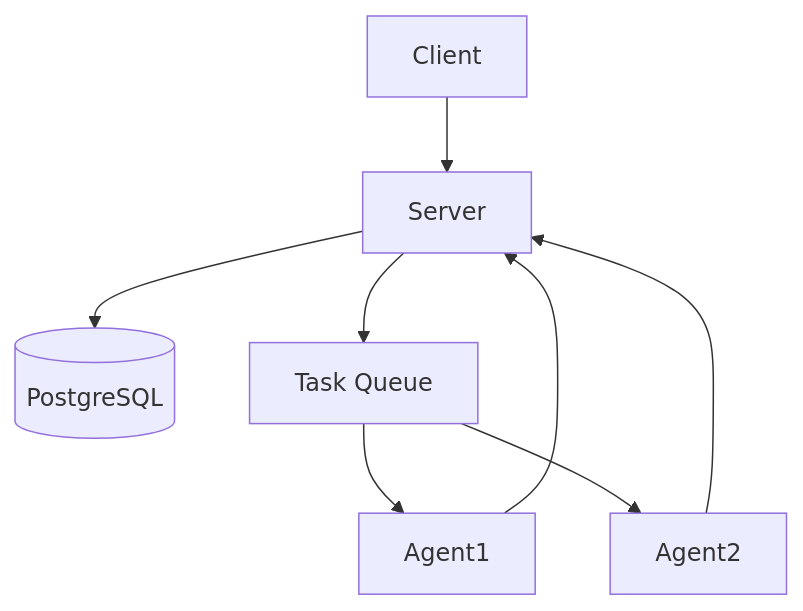
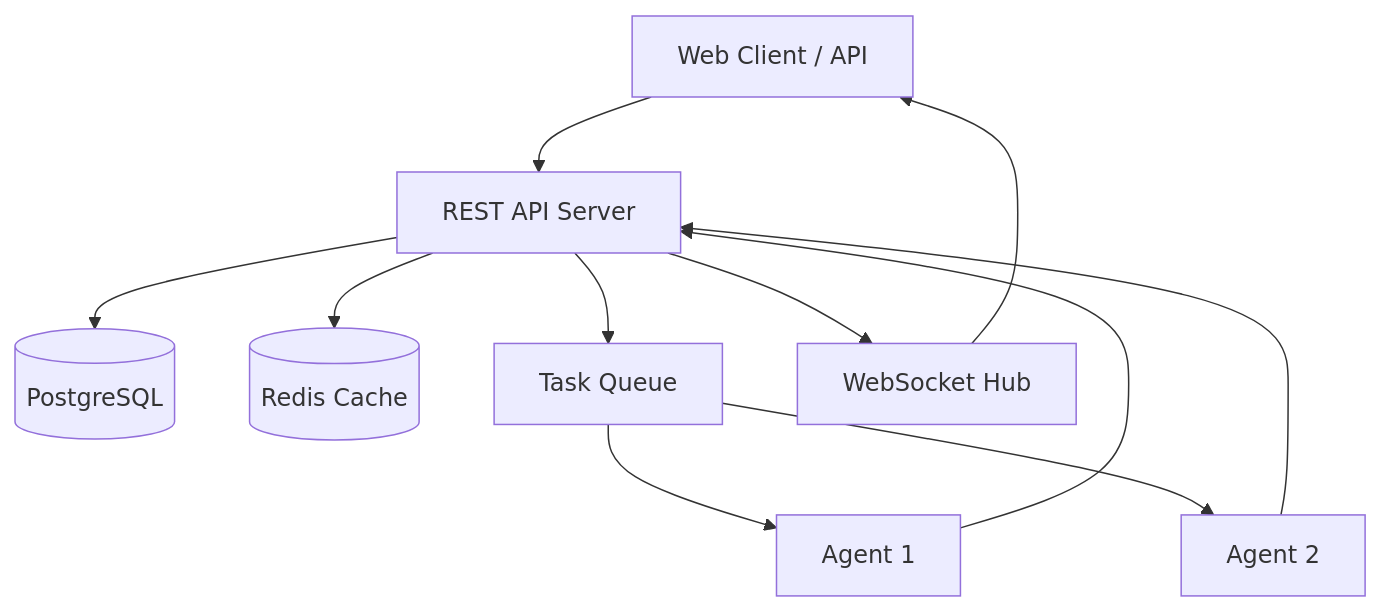
The diagram in README.md (42x-SAU/AVDI-shell), drawn with Mermaid before and after one commit. The commit also changed other lines of this file, not shown here.

````diff
--- a/README.md
+++ b/README.md
@@ -36,10 +38,13 @@
 ```mermaid
 graph TD
-    Client --> Server
+    Client[Web Client / API] --> Server[REST API Server]
     Server --> DB[(PostgreSQL)]
+    Server --> Redis[(Redis Cache)]
     Server --> Queue[Task Queue]
-    Queue --> Agent1
-    Queue --> Agent2
+    Queue --> Agent1[Agent 1]
+    Queue --> Agent2[Agent 2]
     Agent1 --> Server
     Agent2 --> Server
+    Server --> WS[WebSocket Hub]
+    WS --> Client
 ```
````
